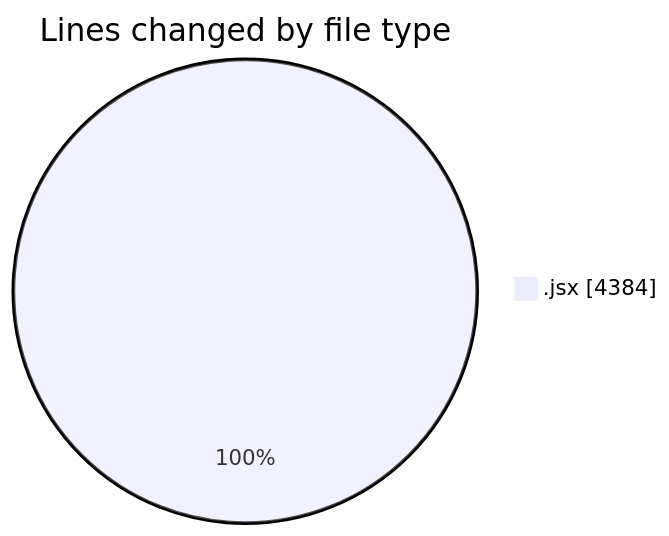
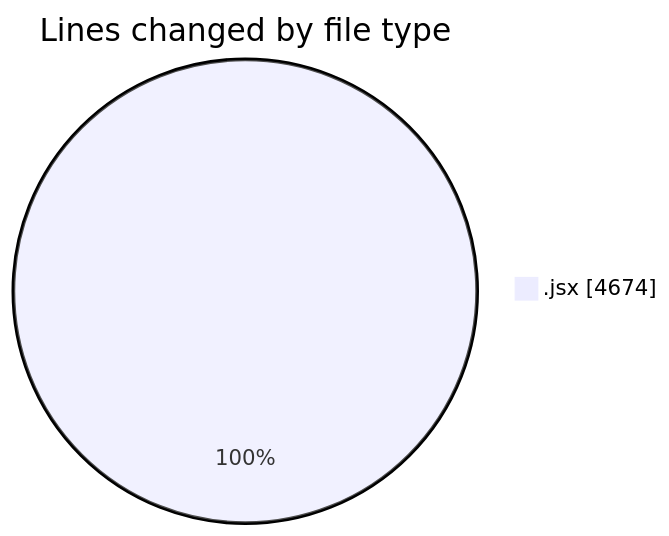
Before and after one commit to nxtqubesakshisongat/code-tracking: the first of 2 diagrams in 2025-10-14/nxtqube_webapp/README.md, drawn with Mermaid. The commit also changed other lines of this file and 1 other file, not shown here.

````diff
--- a/2025-10-14/nxtqube_webapp/README.md
+++ b/2025-10-14/nxtqube_webapp/README.md
@@ -21,5 +21,5 @@
 ```mermaid
 pie showData
 title Lines changed by file type
-".jsx" : 4384
+".jsx" : 4674
 ```
````
